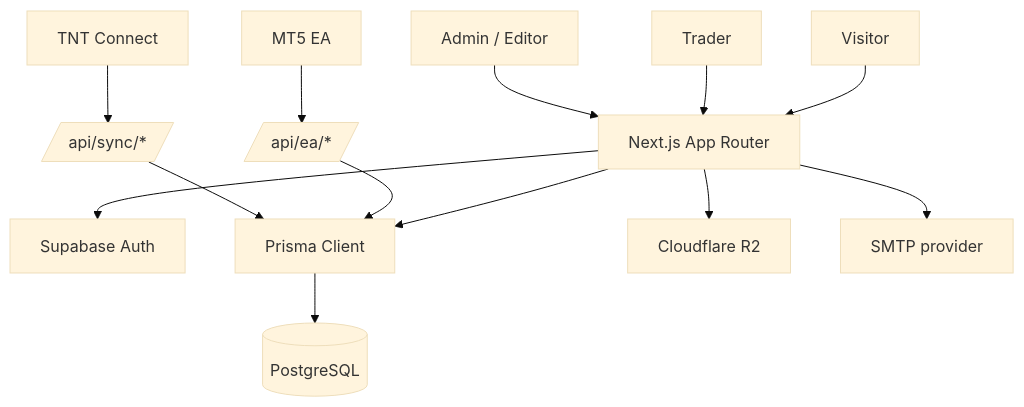
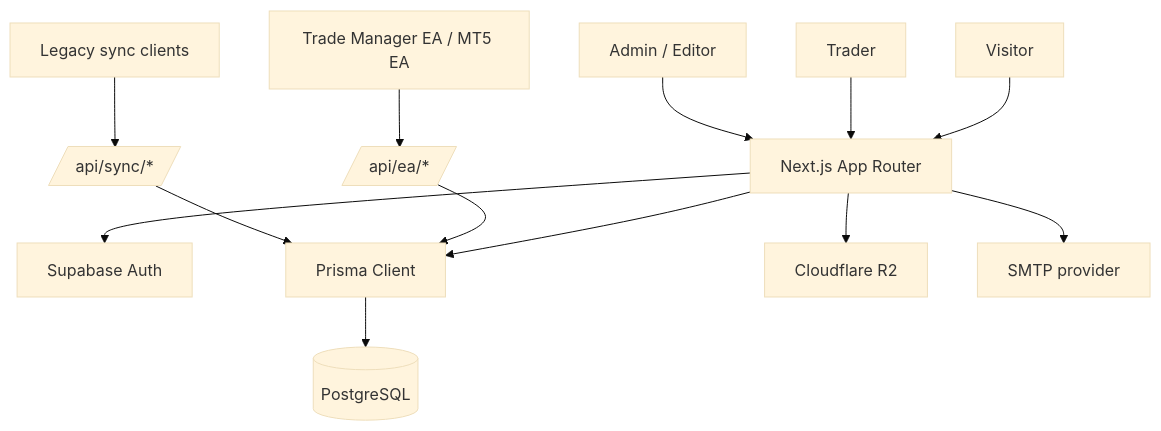
The diagram in docs/SYSTEM.md (nguyenndn/thenexttrade), drawn with Mermaid (base theme) before and after one commit. The commit also changed other lines of this file and 281 other files, not shown here.

Commit message:
feat(academy): publish 6 new lessons with 20 educational diagrams and fix improvement loop QA defects

````diff
--- a/docs/SYSTEM.md
+++ b/docs/SYSTEM.md
@@ -22,15 +22,15 @@
 ```mermaid
 flowchart TD
   Visitor[Visitor] --> App[Next.js App Router]
   Trader[Trader] --> App
   Admin[Admin / Editor] --> App
   App --> Supabase[Supabase Auth]
   App --> Prisma[Prisma Client]
   Prisma --> Postgres[(PostgreSQL)]
   App --> R2[Cloudflare R2]
   App --> SMTP[SMTP provider]
-  EA[MT5 EA] --> EaApi[/api/ea/*/]
-  TNT[TNT Connect] --> SyncApi[/api/sync/*/]
+  EA[Trade Manager EA / MT5 EA] --> EaApi[/api/ea/*/]
+  LegacySync[Legacy sync clients] --> SyncApi[/api/sync/*/]
   EaApi --> Prisma
   SyncApi --> Prisma
 ```
````
